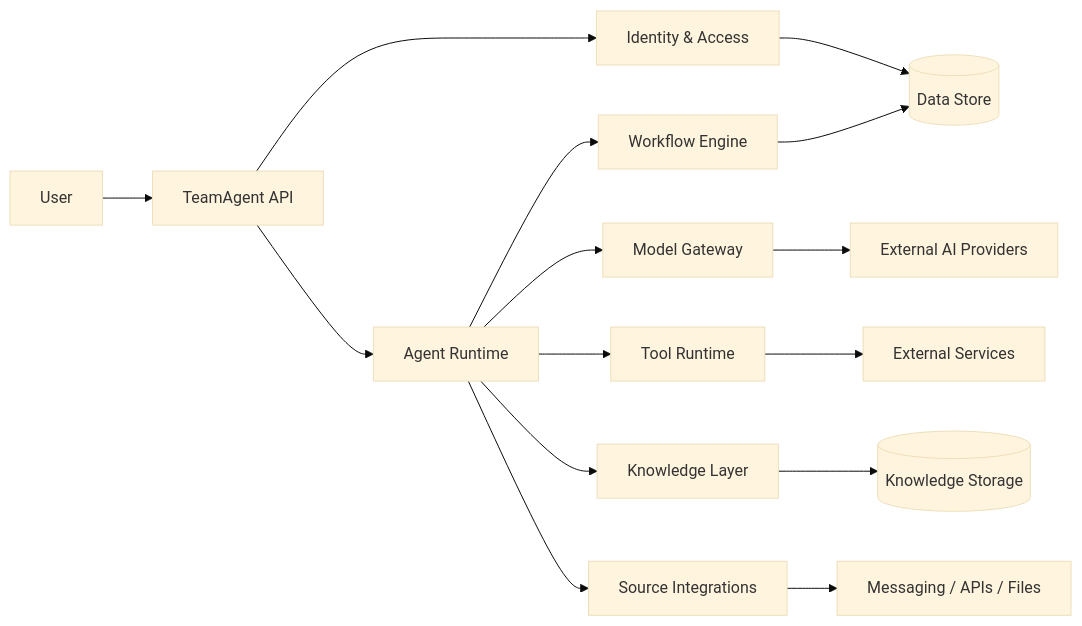
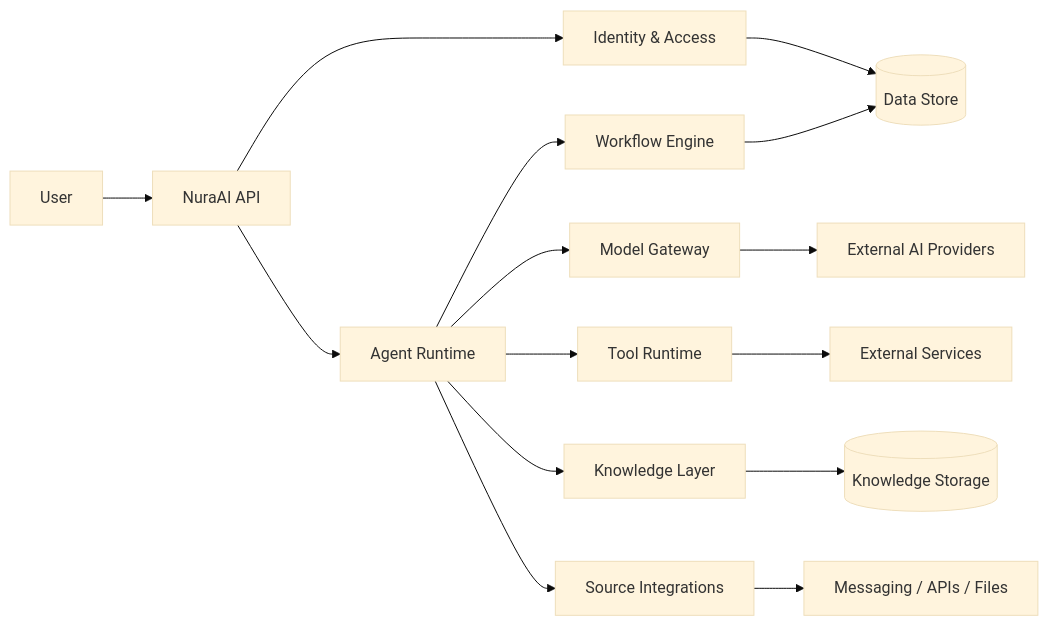
Before and after one commit to GreatRedem/TeamAgent: the diagram in README.md, drawn with Mermaid (base theme). The commit also changed other lines of this file and 23 other files, not shown here.

Commit message:
docs: rename to NuraAI, drop SQLite, fill API gaps

````diff
--- a/README.md
+++ b/README.md
@@ -31,18 +31,18 @@
 ```mermaid
 flowchart LR
-    U[User] --> API[TeamAgent API]
+    U[User] --> API[NuraAI API]
     API --> AUTH[Identity & Access]
     API --> AGENT[Agent Runtime]
     AGENT --> MODEL[Model Gateway]
     AGENT --> TOOL[Tool Runtime]
     AGENT --> KNOW[Knowledge Layer]
     AGENT --> SOURCE[Source Integrations]
     AGENT --> FLOW[Workflow Engine]
 
     AUTH --> DB[(Data Store)]
     FLOW --> DB
     KNOW --> KB[(Knowledge Storage)]
     MODEL --> EXT[External AI Providers]
     TOOL --> EXT2[External Services]
     SOURCE --> EXT3[Messaging / APIs / Files]
 ```
````
